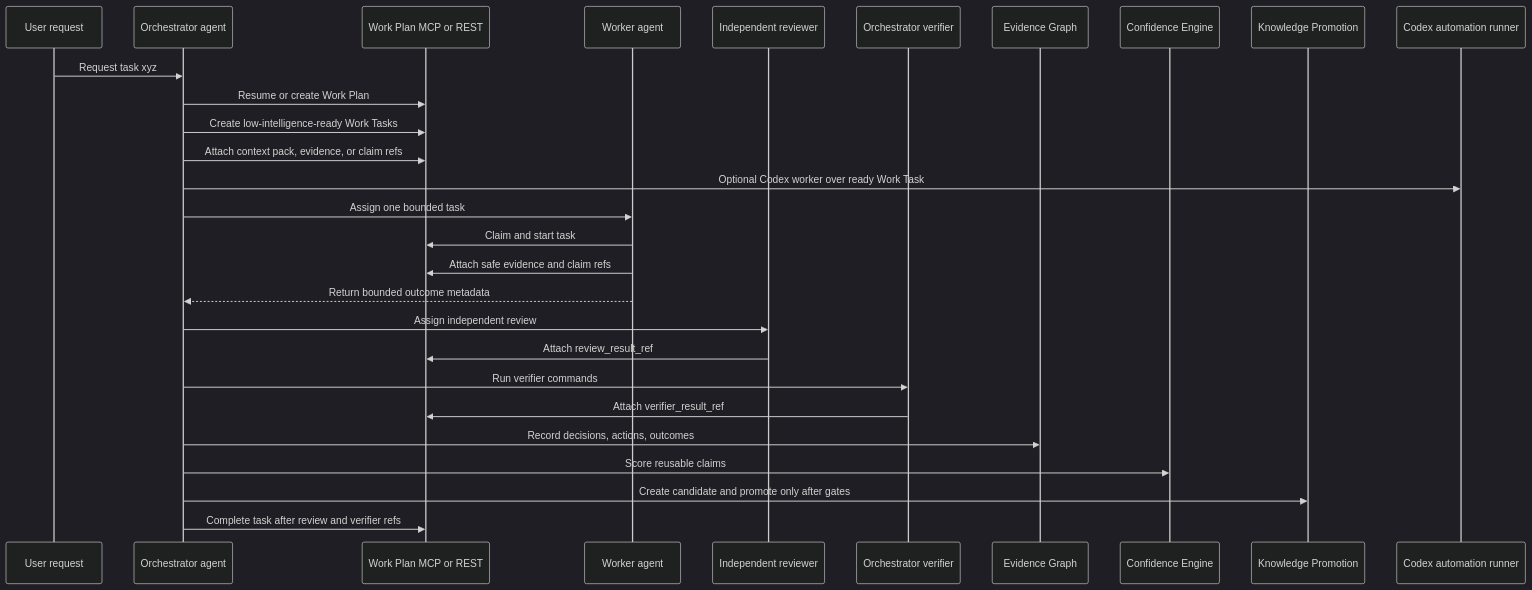
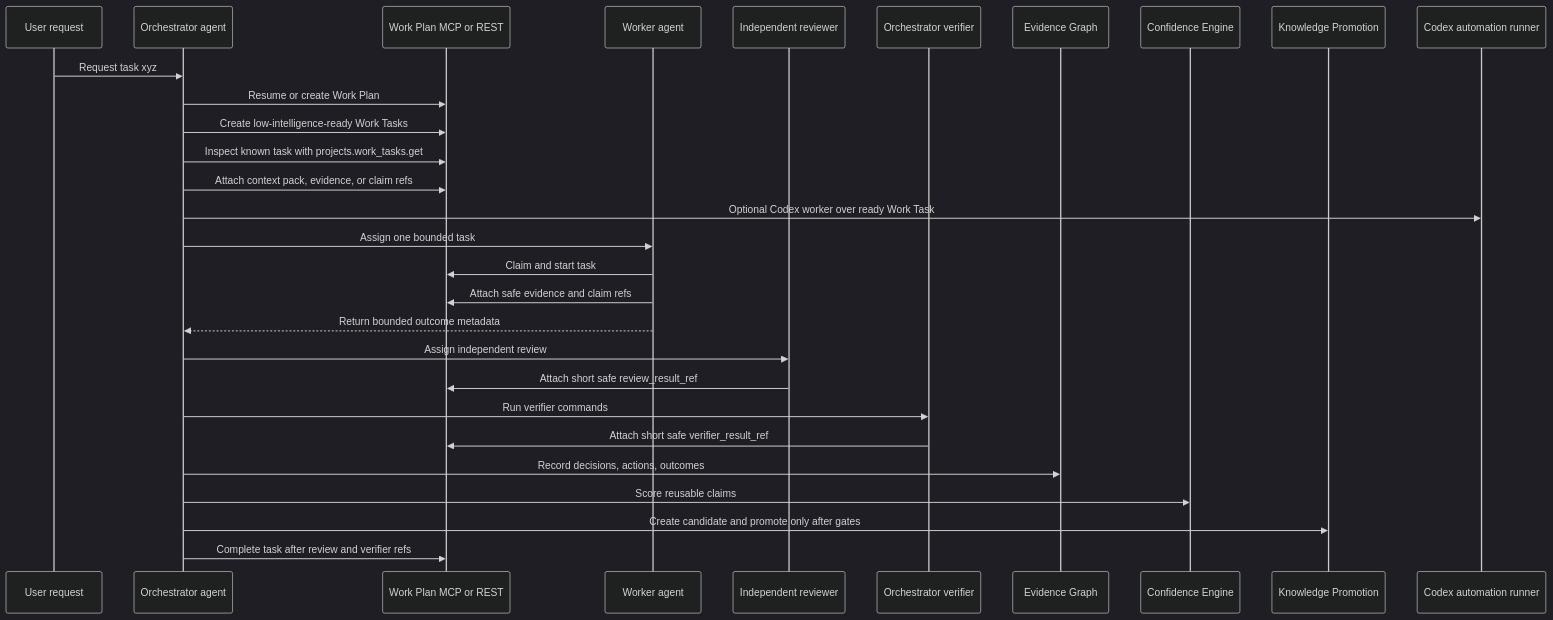
The eighth of 9 diagrams in docs/architecture/system-architecture.md (MiviaLabs/go-mivia), drawn with Mermaid (dark theme) before and after one commit. The commit also changed other lines of this file and 16 other files, not shown here.

Commit message:
fix(mcp): repair workflow and work task surfaces

````diff
--- a/docs/architecture/system-architecture.md
+++ b/docs/architecture/system-architecture.md
@@ -373,31 +373,32 @@
 ```mermaid
 sequenceDiagram
   participant User as User request
   participant Orchestrator as Orchestrator agent
   participant MCP as Work Plan MCP or REST
   participant Worker as Worker agent
   participant Reviewer as Independent reviewer
   participant Verifier as Orchestrator verifier
   participant Evidence as Evidence Graph
   participant Confidence as Confidence Engine
   participant Knowledge as Knowledge Promotion
   participant Automation as Codex automation runner
 
   User->>Orchestrator: Request task xyz
   Orchestrator->>MCP: Resume or create Work Plan
   Orchestrator->>MCP: Create low-intelligence-ready Work Tasks
+  Orchestrator->>MCP: Inspect known task with projects.work_tasks.get
   Orchestrator->>MCP: Attach context pack, evidence, or claim refs
   Orchestrator->>Automation: Optional Codex worker over ready Work Task
   Orchestrator->>Worker: Assign one bounded task
   Worker->>MCP: Claim and start task
   Worker->>MCP: Attach safe evidence and claim refs
   Worker-->>Orchestrator: Return bounded outcome metadata
   Orchestrator->>Reviewer: Assign independent review
-  Reviewer->>MCP: Attach review_result_ref
+  Reviewer->>MCP: Attach short safe review_result_ref
   Orchestrator->>Verifier: Run verifier commands
-  Verifier->>MCP: Attach verifier_result_ref
+  Verifier->>MCP: Attach short safe verifier_result_ref
   Orchestrator->>Evidence: Record decisions, actions, outcomes
   Orchestrator->>Confidence: Score reusable claims
   Orchestrator->>Knowledge: Create candidate and promote only after gates
   Orchestrator->>MCP: Complete task after review and verifier refs
 ```
````
